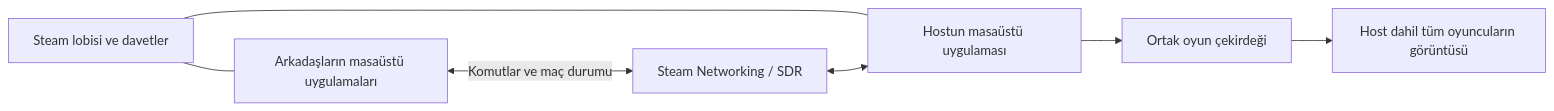
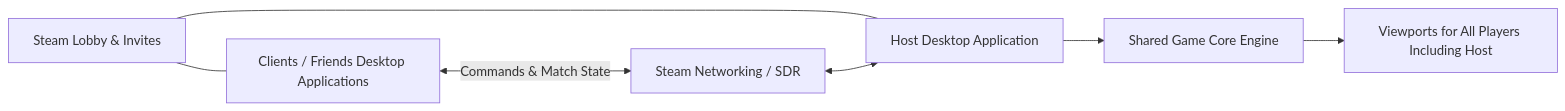
One commit to bahattinercan/out-of-warranty changed the diagram in docs/multiplayer-plan.md. Above: the diagram before and after it, drawn with Mermaid. The commit also changed other lines of this file and 291 other files, not shown here.

````diff
--- a/docs/multiplayer-plan.md
+++ b/docs/multiplayer-plan.md
@@ -23,9 +23,9 @@
 ```mermaid
 flowchart LR
-    L[Steam lobisi ve davetler] --- H[Hostun masaüstü uygulaması]
-    L --- C[Arkadaşların masaüstü uygulamaları]
-    C <-->|Komutlar ve maç durumu| S[Steam Networking / SDR]
+    L[Steam Lobby & Invites] --- H[Host Desktop Application]
+    L --- C[Clients / Friends Desktop Applications]
+    C <-->|Commands & Match State| S[Steam Networking / SDR]
     S <--> H
-    H --> K[Ortak oyun çekirdeği]
-    K --> D[Host dahil tüm oyuncuların görüntüsü]
+    H --> K[Shared Game Core Engine]
+    K --> D[Viewports for All Players Including Host]
 ```
````
